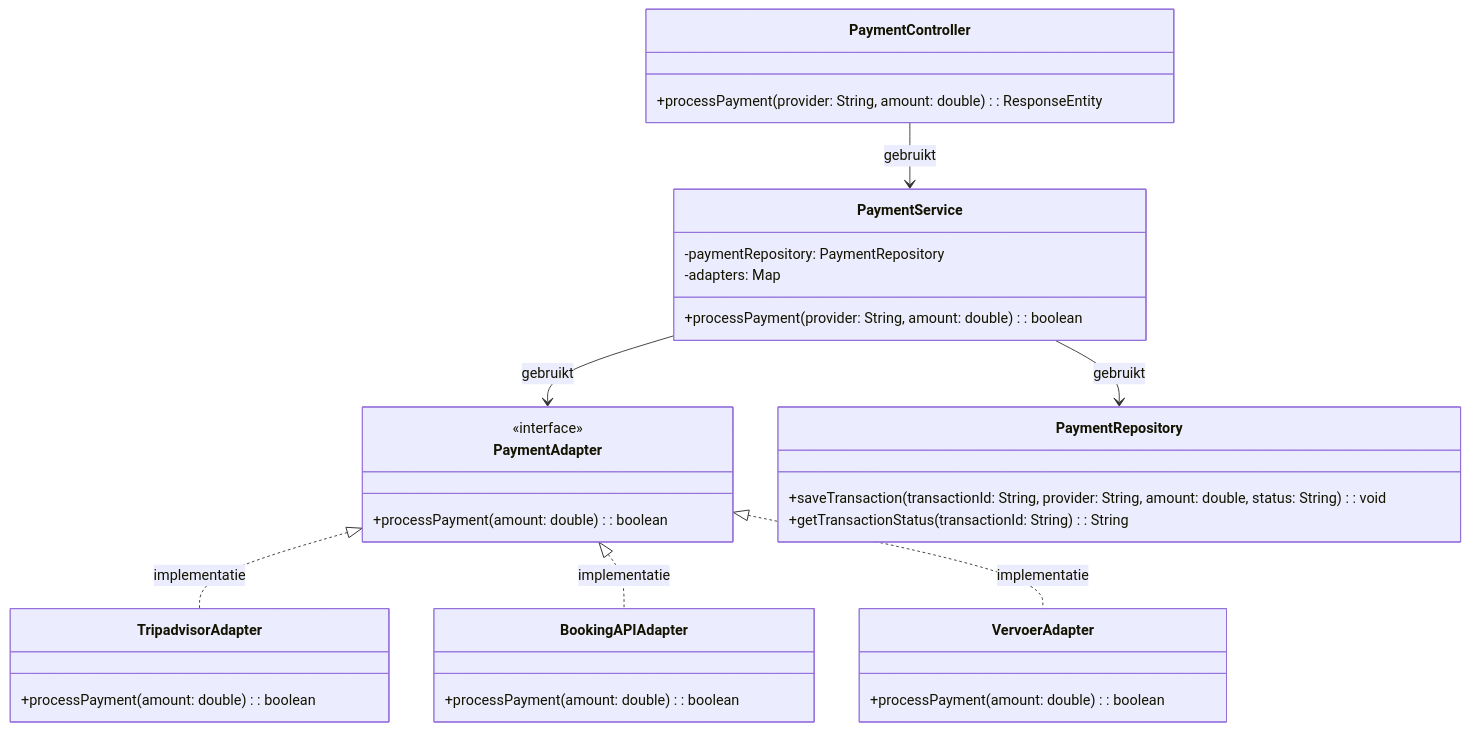
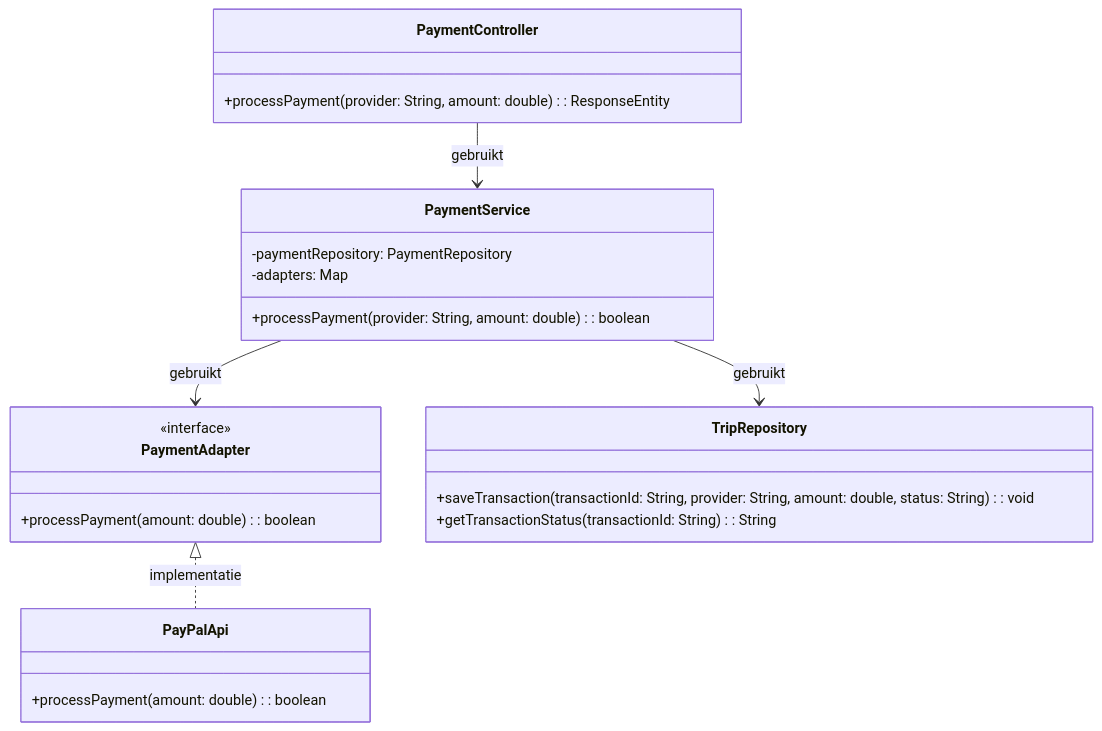
Before and after one commit to AIM-ENE-feb25/triptop-inshallahboys: the second of 2 diagrams in Week2/Les3/Sacha/voorbereiding.md, drawn with Mermaid. The commit also changed 2 other files, not shown here.

Commit message:
klassen dia + update componetn dia

````diff
--- a/Week2/Les3/Sacha/voorbereiding.md
+++ b/Week2/Les3/Sacha/voorbereiding.md
@@ -47,42 +47,34 @@
 ```mermaid
 classDiagram
     class PaymentController {
         +processPayment(provider: String, amount: double): ResponseEntity<String>
     }
 
     class PaymentService {
         +processPayment(provider: String, amount: double): boolean
         -paymentRepository: PaymentRepository
         -adapters: Map<String, PaymentAdapter>
     }
 
     class PaymentAdapter {
         <<interface>>
         +processPayment(amount: double): boolean
     }
 
-    class TripadvisorAdapter {
+    class PayPalApi{
         +processPayment(amount: double): boolean
+        
     }
 
-    class BookingAPIAdapter {
-        +processPayment(amount: double): boolean
-    }
-
-    class VervoerAdapter {
-        +processPayment(amount: double): boolean
-    }
-
-    class PaymentRepository {
+    class TripRepository {
         +saveTransaction(transactionId: String, provider: String, amount: double, status: String): void
         +getTransactionStatus(transactionId: String): String
     }
 
     %% Relaties tussen de klassen
     PaymentController --> PaymentService : gebruikt
     PaymentService --> PaymentAdapter : gebruikt
-    PaymentService --> PaymentRepository : gebruikt
-    PaymentAdapter <|.. TripadvisorAdapter : implementatie
-    PaymentAdapter <|.. BookingAPIAdapter : implementatie
-    PaymentAdapter <|.. VervoerAdapter : implementatie
+    PaymentService --> TripRepository : gebruikt
+    PaymentAdapter <|.. PayPalApi : implementatie
+
 ```
````
